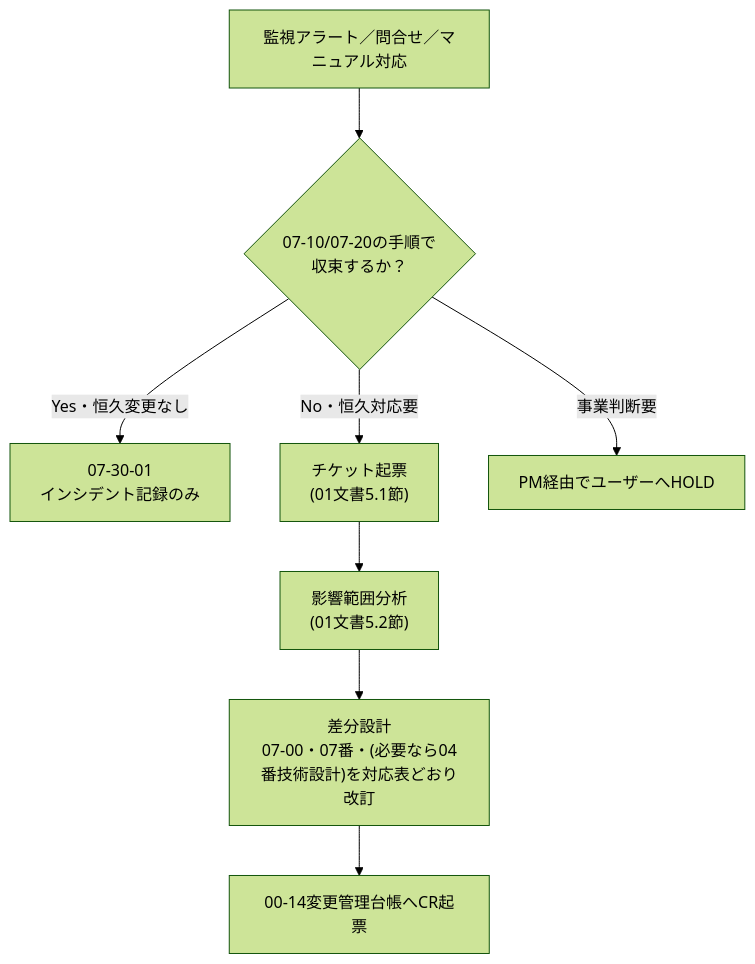
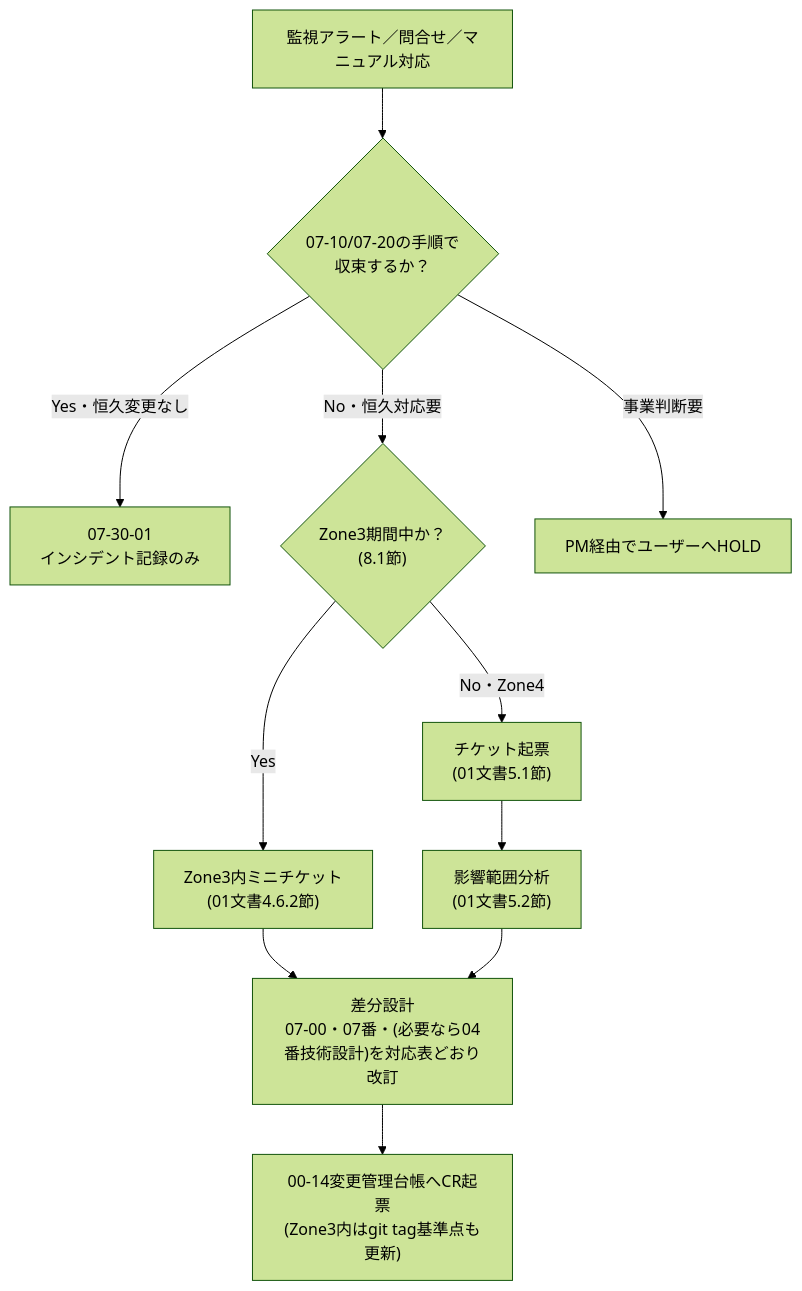
One commit to k-tanaka-522/aidev changed the second of 2 diagrams in docs/v2/04_運用設計体系定義書.md. Above: the diagram before and after it, drawn with Mermaid (forest theme). The commit also changed other lines of this file, not shown here.

First line of the commit message:
docs: 01 版1.3 の Zone 3 再定義に 04 を整合（版数1.4）

````diff
--- a/docs/v2/04_運用設計体系定義書.md
+++ b/docs/v2/04_運用設計体系定義書.md
@@ -568,10 +601,13 @@
 ```mermaid
 flowchart TB
     ALERT["監視アラート／問合せ／マニュアル対応"] --> TRIAGE{"07-10/07-20の手順で<br/>収束するか？"}
     TRIAGE -->|Yes・恒久変更なし| REC["07-30-01<br/>インシデント記録のみ"]
-    TRIAGE -->|No・恒久対応要| TICKET["チケット起票<br/>(01文書5.1節)"]
+    TRIAGE -->|No・恒久対応要| ZONECHECK{"Zone3期間中か？<br/>(8.1節)"}
+    ZONECHECK -->|Yes| MINI["Zone3内ミニチケット<br/>(01文書4.6.2節)"]
+    ZONECHECK -->|No・Zone4| TICKET["チケット起票<br/>(01文書5.1節)"]
+    MINI --> DD["差分設計<br/>07-00・07番・(必要なら04番技術設計)を対応表どおり改訂"]
     TICKET --> IA["影響範囲分析<br/>(01文書5.2節)"]
-    IA --> DD["差分設計<br/>07-00・07番・(必要なら04番技術設計)を対応表どおり改訂"]
-    DD --> CR["00-14変更管理台帳へCR起票"]
+    IA --> DD
+    DD --> CR["00-14変更管理台帳へCR起票<br/>(Zone3内はgit tag基準点も更新)"]
     TRIAGE -->|事業判断要| HOLD["PM経由でユーザーへHOLD"]
 ```
````
